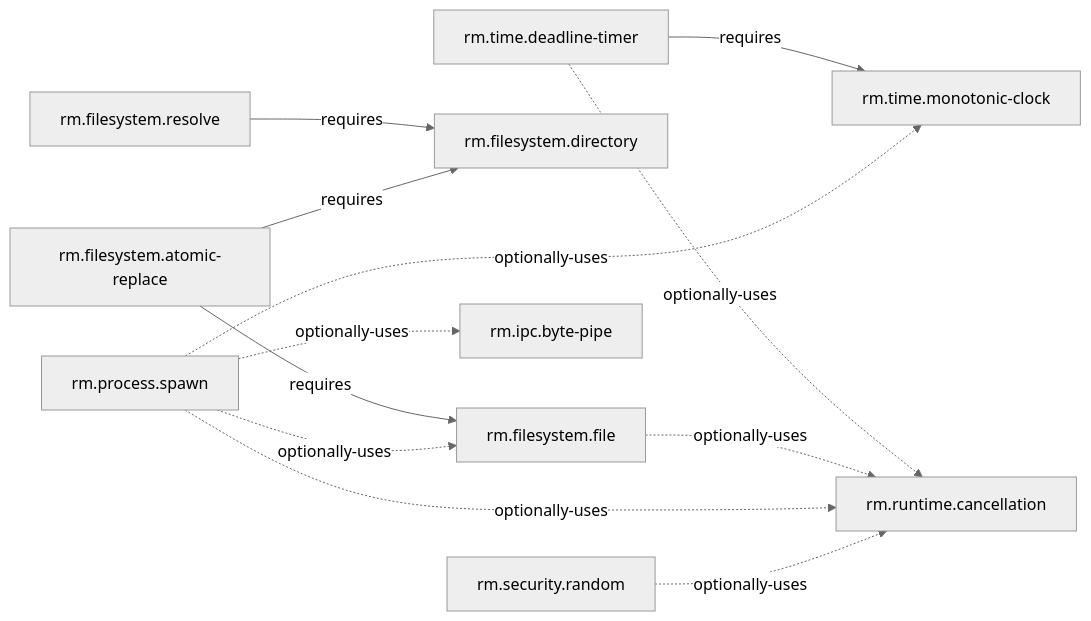
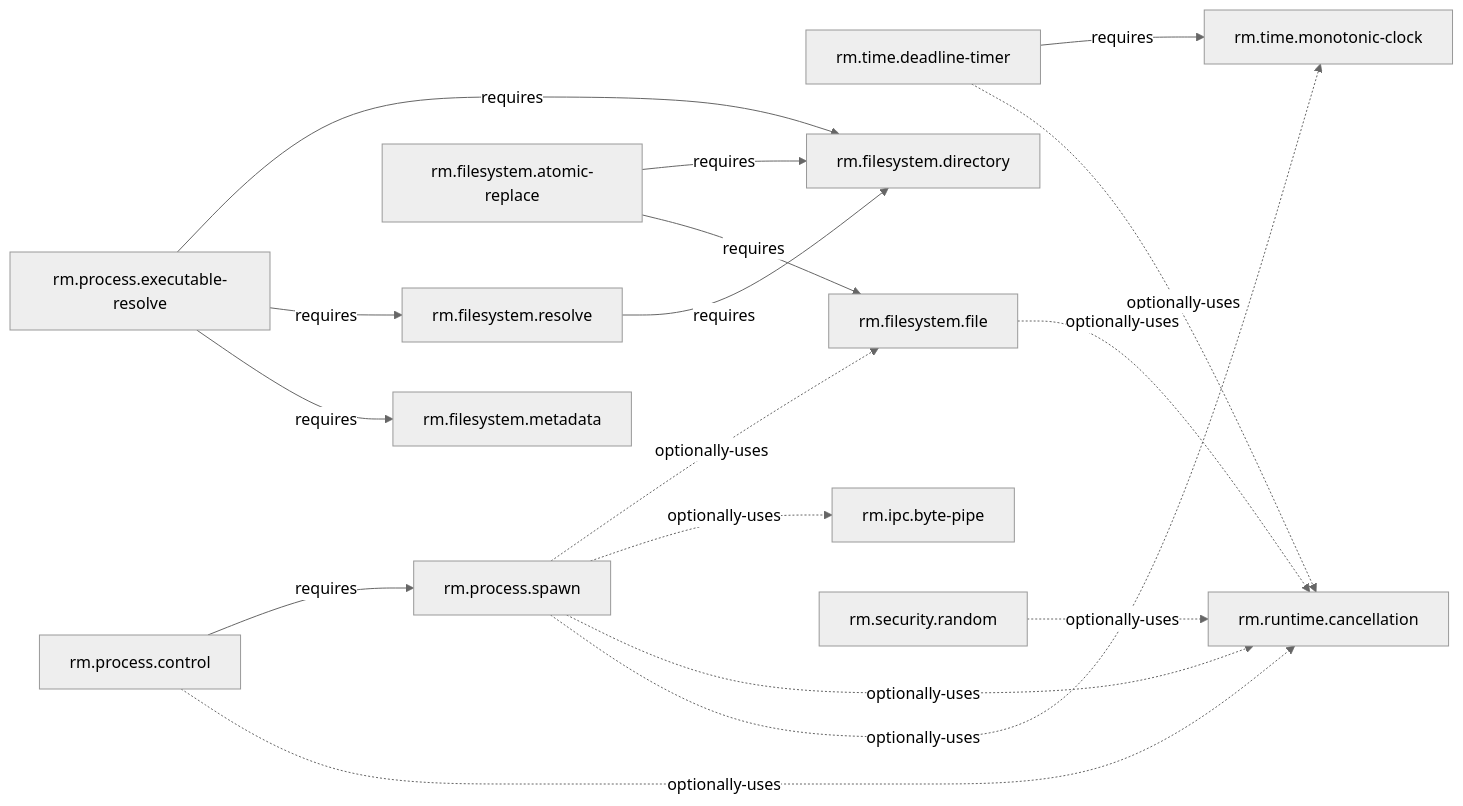
The diagram in docs/04-ecosystem/consistency-readiness/dependency-graph.md (Rusty-Mill/rusty_foundation_akb), drawn with Mermaid (neutral theme) before and after one commit. The commit also changed other lines of this file and 16 other files, not shown here.

````diff
--- a/docs/04-ecosystem/consistency-readiness/dependency-graph.md
+++ b/docs/04-ecosystem/consistency-readiness/dependency-graph.md
@@ -8,14 +8,19 @@
 ```mermaid
 flowchart LR
   Timer["rm.time.deadline-timer"] -->|"requires"| Clock["rm.time.monotonic-clock"]
   Timer -.->|"optionally-uses"| Cancel["rm.runtime.cancellation"]
   Resolve["rm.filesystem.resolve"] -->|"requires"| Directory["rm.filesystem.directory"]
   File["rm.filesystem.file"] -.->|"optionally-uses"| Cancel
   Replace["rm.filesystem.atomic-replace"] -->|"requires"| Directory
   Replace -->|"requires"| File
+  ExecResolve["rm.process.executable-resolve"] -->|"requires"| Directory
+  ExecResolve -->|"requires"| Resolve
+  ExecResolve -->|"requires"| Metadata["rm.filesystem.metadata"]
   Spawn["rm.process.spawn"] -.->|"optionally-uses"| File
   Spawn -.->|"optionally-uses"| Pipe["rm.ipc.byte-pipe"]
   Spawn -.->|"optionally-uses"| Cancel
   Spawn -.->|"optionally-uses"| Clock
+  Control["rm.process.control"] -->|"requires"| Spawn
+  Control -.->|"optionally-uses"| Cancel
   Random["rm.security.random"] -.->|"optionally-uses"| Cancel
 ```
````
